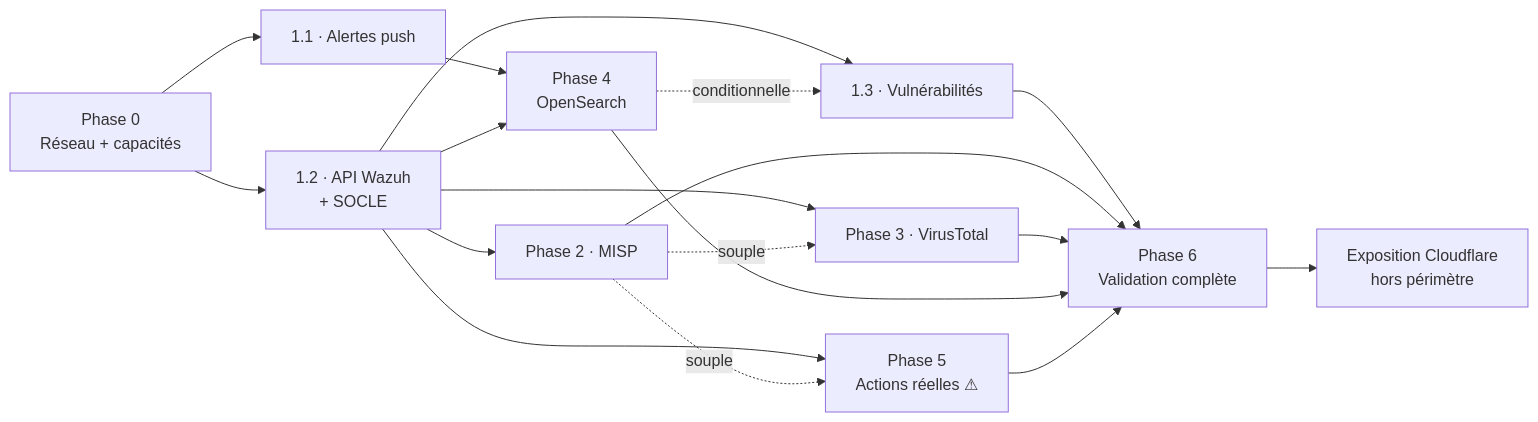
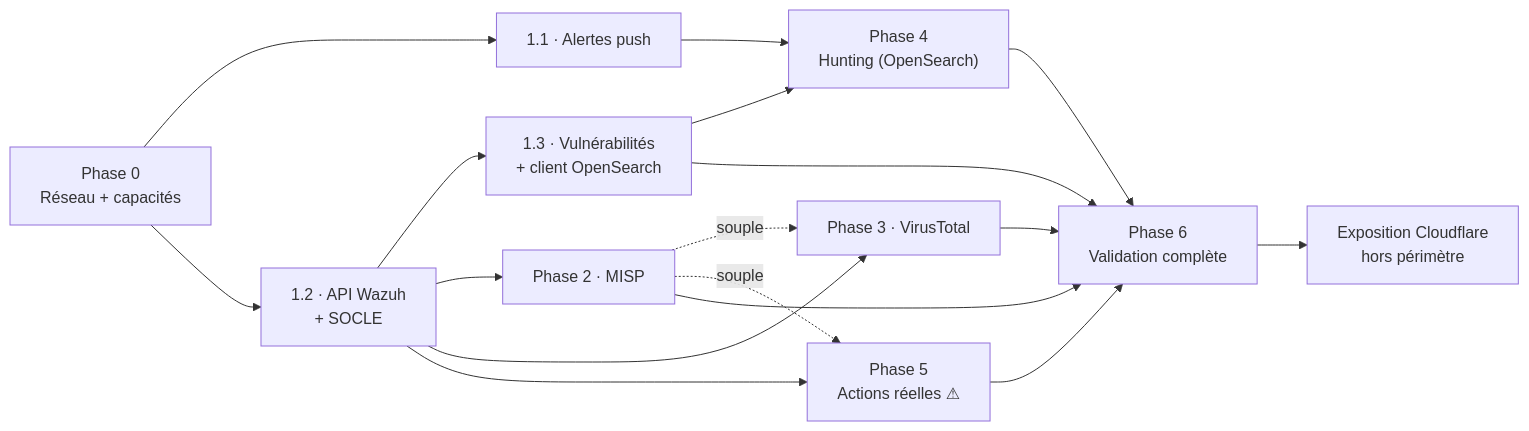
Before and after one commit to imanehajjou2025-lab/smartsoc-enterprise: the diagram in docs/architecture/PROJECT-PLANNING.md, drawn with Mermaid. The commit also changed other lines of this file and 2 other files, not shown here.

First line of the commit message:
docs(architecture): phase 1.3 tranchee en reel -- vulnerabilites via l'Indexer

````diff
--- a/docs/architecture/PROJECT-PLANNING.md
+++ b/docs/architecture/PROJECT-PLANNING.md
@@ -77,20 +79,19 @@
 ```mermaid
 flowchart LR
     P0["Phase 0<br/>Réseau + capacités"] --> P11["1.1 · Alertes push"]
     P0 --> P12["1.2 · API Wazuh<br/>+ SOCLE"]
-    P11 --> P4["Phase 4<br/>OpenSearch"]
-    P12 --> P13["1.3 · Vulnérabilités"]
+    P12 --> P13["1.3 · Vulnérabilités<br/>+ client OpenSearch"]
     P12 --> P2["Phase 2 · MISP"]
     P12 --> P3["Phase 3 · VirusTotal"]
-    P12 --> P4
     P12 --> P5["Phase 5<br/>Actions réelles ⚠"]
+    P11 --> P4["Phase 4<br/>Hunting (OpenSearch)"]
+    P13 --> P4
     P2 -.souple.-> P3
     P2 -.souple.-> P5
-    P4 -.conditionnelle.-> P13
     P13 --> P6["Phase 6<br/>Validation complète"]
     P2 --> P6
     P3 --> P6
     P4 --> P6
     P5 --> P6
     P6 --> CF["Exposition Cloudflare<br/>hors périmètre"]
 ```
````
